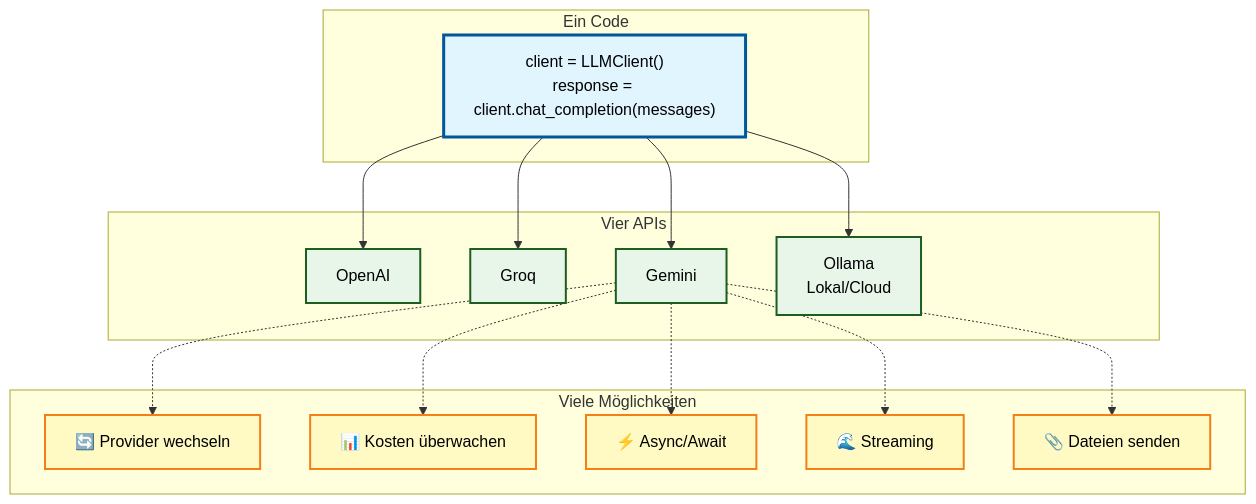
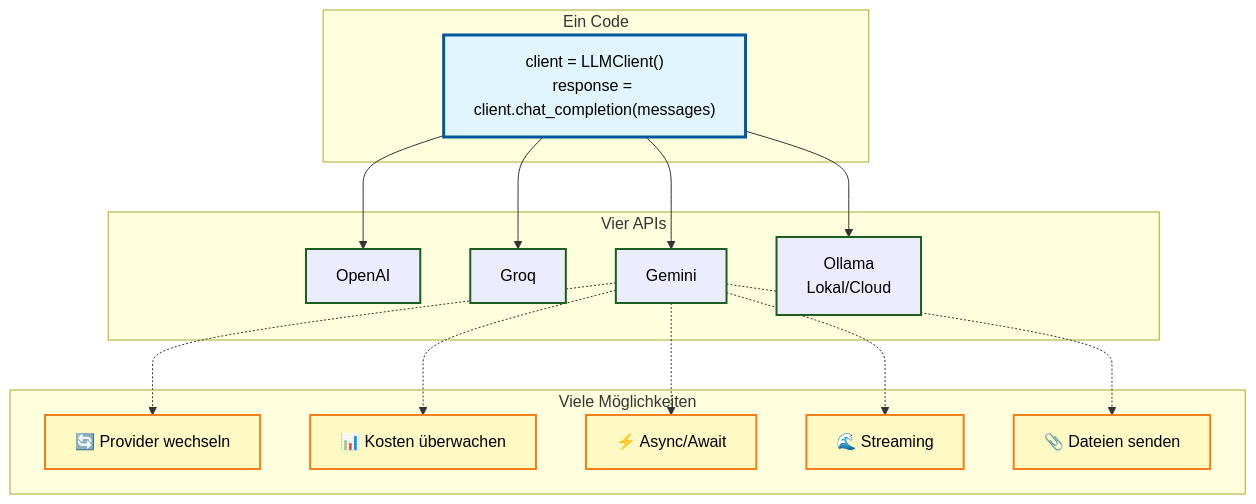
One commit to dgaida/llm_client changed the diagram in docs/de/index.md. Above: the diagram before and after it, drawn with Mermaid. The commit also changed other lines of this file and 11 other files, not shown here.

````diff
--- a/docs/de/index.md
+++ b/docs/de/index.md
@@ -5,40 +5,40 @@
 ```mermaid
 graph TD
     subgraph "Ein Code"
         CODE["client = LLMClient()<br/>response = client.chat_completion(messages)"]
     end
 
     subgraph "Vier APIs"
         OPENAI[OpenAI]
         GROQ[Groq]
         GEMINI[Gemini]
         OLLAMA[Ollama<br/>Lokal/Cloud]
     end
 
     subgraph "Viele Möglichkeiten"
         SWITCH[🔄 Provider wechseln]
         TOKENS[📊 Kosten überwachen]
         ASYNC[⚡ Async/Await]
         STREAM[🌊 Streaming]
         FILES[📎 Dateien senden]
     end
 
     CODE --> OPENAI
     CODE --> GROQ
     CODE --> GEMINI
     CODE --> OLLAMA
 
     GEMINI -.-> ASYNC
     GEMINI -.-> SWITCH
     GEMINI -.-> TOKENS
     GEMINI -.-> STREAM
     GEMINI -.-> FILES
 
     classDef codeClass fill:#e1f5ff,stroke:#01579b,stroke-width:3px,color:#000
-    classDef apiClass fill:#e8f5e9,stroke:#1b5e20,stroke-width:2px,color:#000
+    classDef apiClass fill:#e8f5e green,stroke:#1b5e20,stroke-width:2px,color:#000
     classDef featureClass fill:#fff9c4,stroke:#f57f17,stroke-width:2px,color:#000
 
     class CODE codeClass
     class OPENAI,GROQ,GEMINI,OLLAMA apiClass
     class SWITCH,TOKENS,ASYNC,STREAM,FILES featureClass
 ```
````
